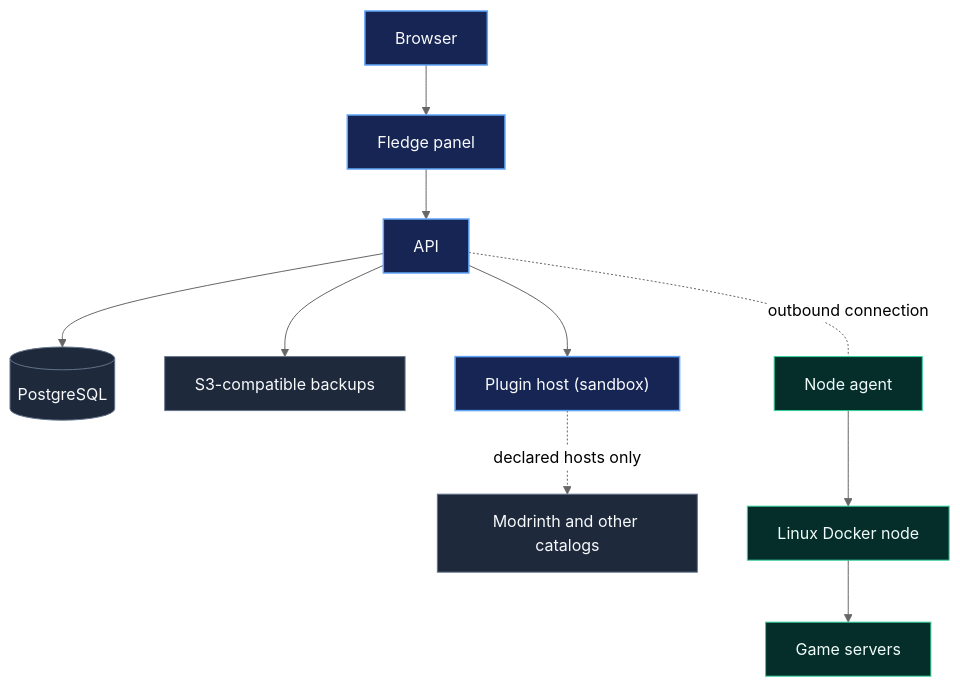
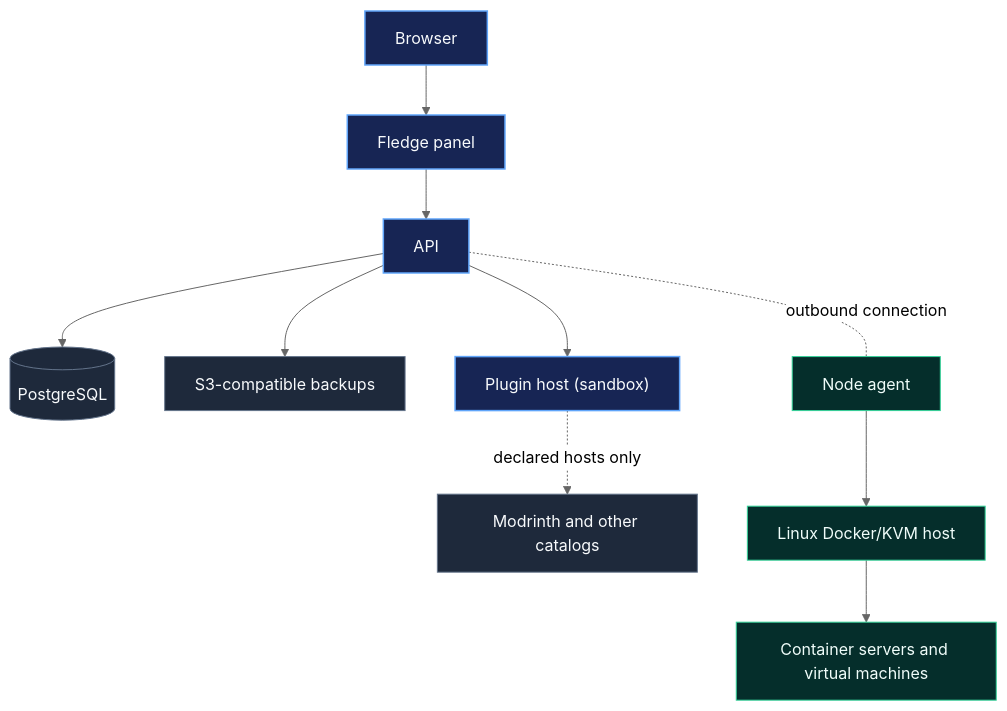
The diagram in README.md (kavaliersdelikt/fledge), drawn with Mermaid (neutral theme) before and after one commit. The commit also changed other lines of this file and 1 other file, not shown here.

````diff
--- a/README.md
+++ b/README.md
@@ -45,23 +45,23 @@
 ```mermaid
 flowchart TB
     Browser["Browser"] --> Panel["Fledge panel"]
     Panel --> API["API"]
 
     API --> Database[("PostgreSQL")]
     API --> Backups["S3-compatible backups"]
 
     API --> Plugins["Plugin host (sandbox)"]
     Plugins -. "declared hosts only" .-> Catalogs["Modrinth and other catalogs"]
     API -. "outbound connection" .- Agent["Node agent"]
-    Agent --> Node["Linux Docker node"]
-    Node --> Servers["Game servers"]
+    Agent --> Node["Linux Docker/KVM host"]
+    Node --> Servers["Container servers and virtual machines"]
 
     classDef app fill:#172554,stroke:#60A5FA,color:#F8FAFC,stroke-width:1.5px
     classDef data fill:#1E293B,stroke:#64748B,color:#F8FAFC
     classDef node fill:#052E2B,stroke:#34D399,color:#F0FDFA
 
     class Browser,Panel,API,Plugins app
     class Database,Backups data
     class Agent,Node,Servers node
     class Catalogs data
 ```
````
